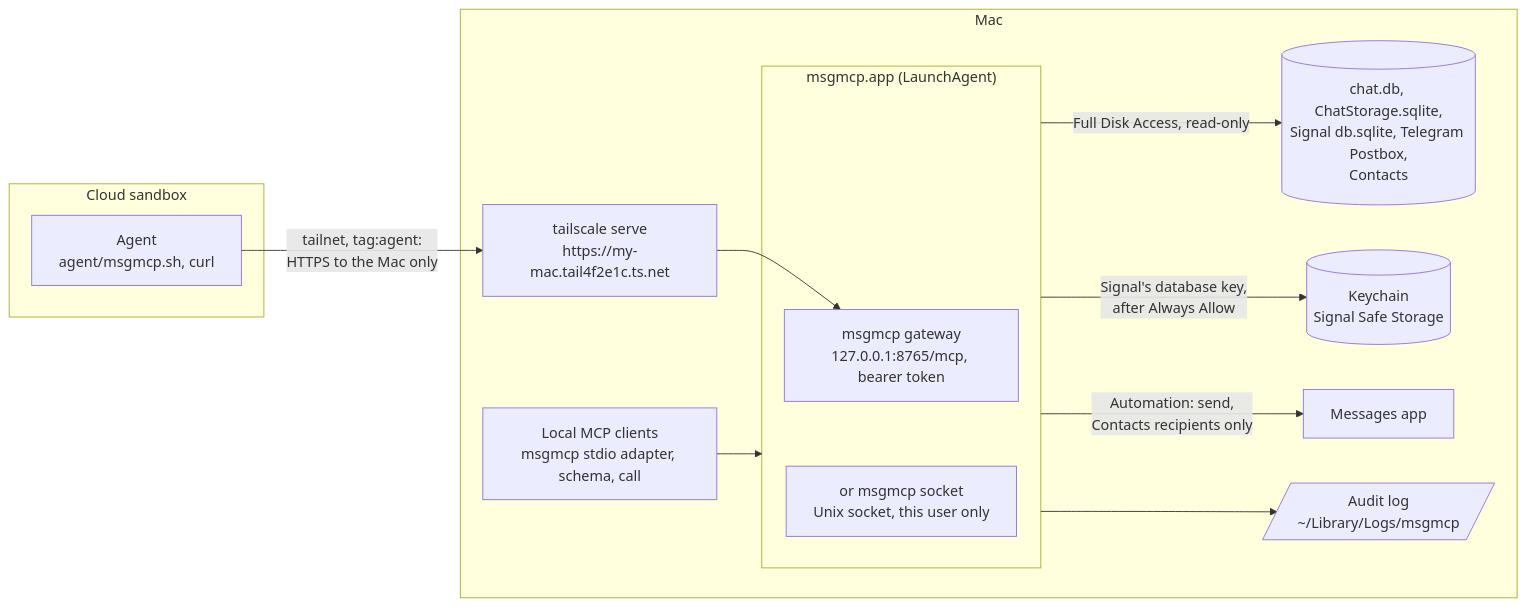
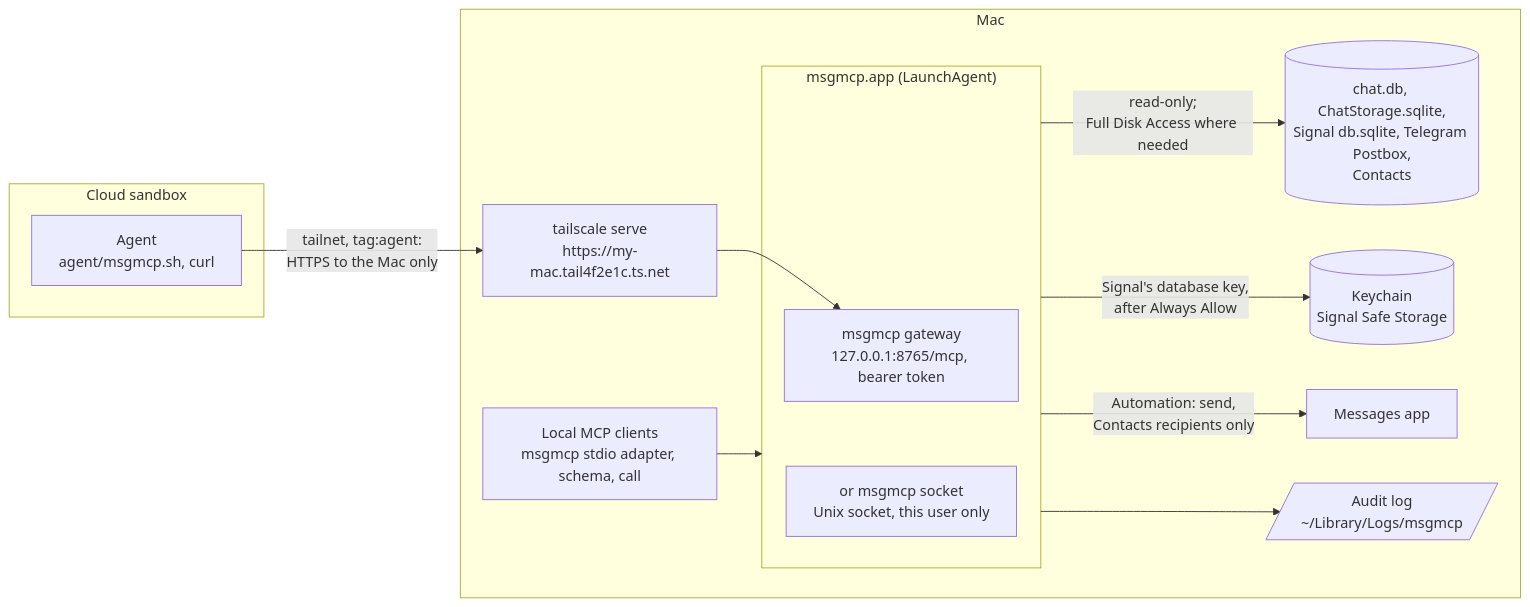
One commit to akurilin/msgmcp changed the diagram in README.md. Above: the diagram before and after it, drawn with Mermaid. The commit also changed other lines of this file and 3 other files, not shown here.

````diff
--- a/README.md
+++ b/README.md
@@ -37,25 +36,25 @@
 ```mermaid
 flowchart LR
   subgraph cloud["Cloud sandbox"]
     agent["Agent<br/>agent/msgmcp.sh, curl"]
   end
   subgraph mac["Mac"]
     serve["tailscale serve<br/>https://my-mac.tail4f2e1c.ts.net"]
     local["Local MCP clients<br/>msgmcp stdio adapter, schema, call"]
     subgraph app["msgmcp.app (LaunchAgent)"]
       gateway["msgmcp gateway<br/>127.0.0.1:8765/mcp, bearer token"]
       socket["or msgmcp socket<br/>Unix socket, this user only"]
     end
     stores[("chat.db, ChatStorage.sqlite,<br/>Signal db.sqlite, Telegram Postbox,<br/>Contacts")]
     keychain[("Keychain<br/>Signal Safe Storage")]
     messages["Messages app"]
     audit[/"Audit log<br/>~/Library/Logs/msgmcp"/]
   end
   agent -- "tailnet, tag:agent:<br/>HTTPS to the Mac only" --> serve
   serve --> gateway
   local --> app
-  app -- "Full Disk Access, read-only" --> stores
+  app -- "read-only;<br/>Full Disk Access where needed" --> stores
   app -- "Signal's database key,<br/>after Always Allow" --> keychain
   app -- "Automation: send,<br/>Contacts recipients only" --> messages
   app --> audit
 ```
````
